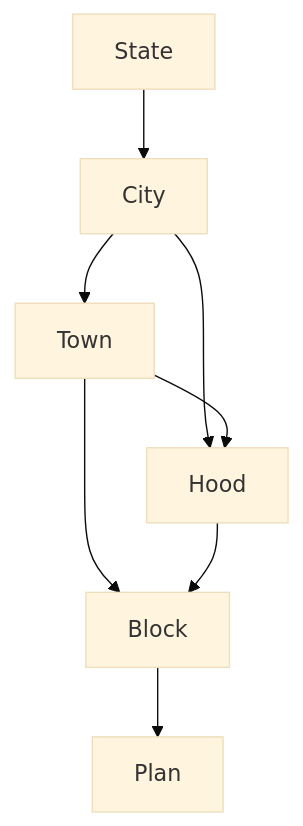
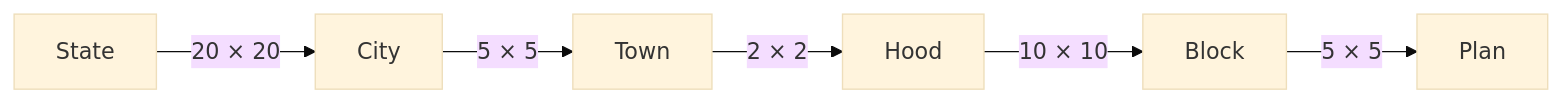
The diagram in docs/architecture/domain-kernel.md (LL782/mundoko-maps), drawn with Mermaid (base theme) before and after one commit. The commit also changed other lines of this file and 6 other files, not shown here.

````diff
--- a/docs/architecture/domain-kernel.md
+++ b/docs/architecture/domain-kernel.md
@@ -72,10 +60,8 @@
 ```mermaid
-flowchart TD
-    State --> City
-    City --> Town
-    City --> Hood
-    Town --> Hood
-    Town --> Block
-    Hood --> Block
-    Block --> Plan
+flowchart LR
+    State -->|"20 × 20"| City
+    City -->|"5 × 5"| Town
+    Town -->|"2 × 2"| Hood
+    Hood -->|"10 × 10"| Block
+    Block -->|"5 × 5"| Plan
 ```
````
